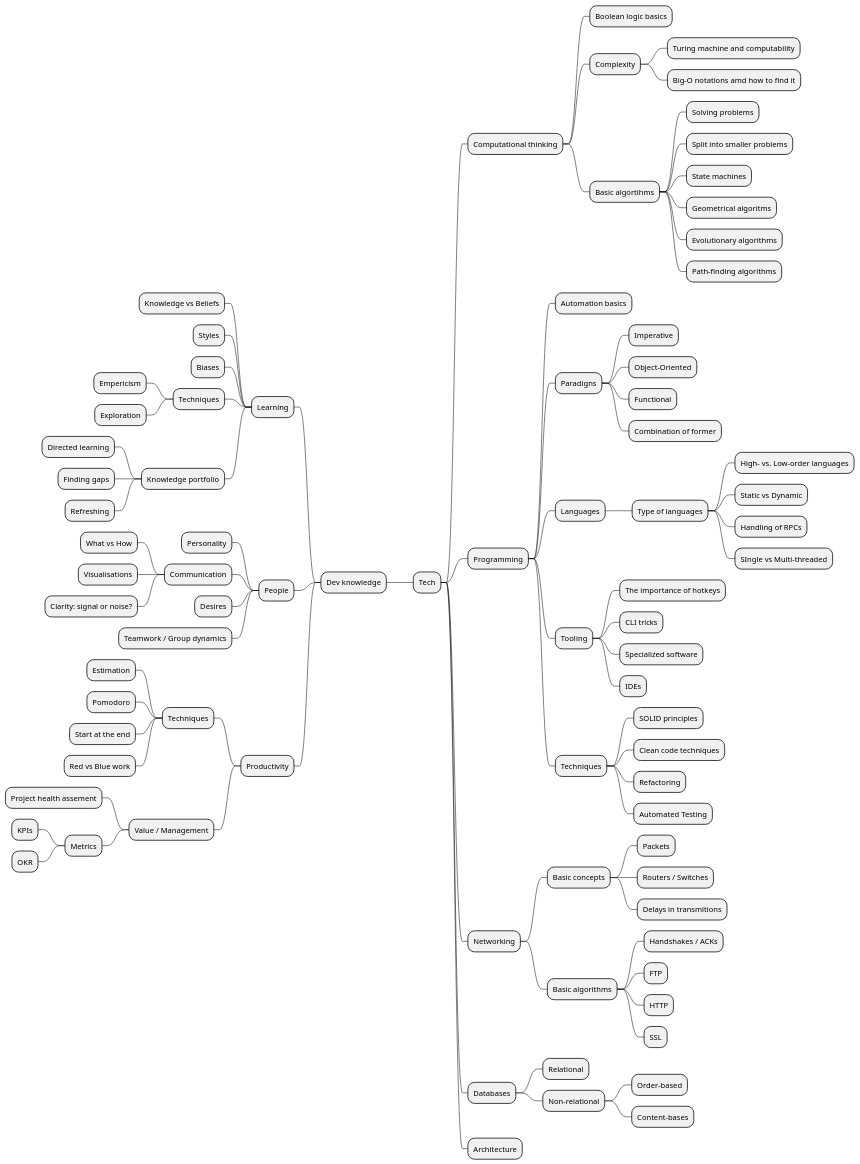
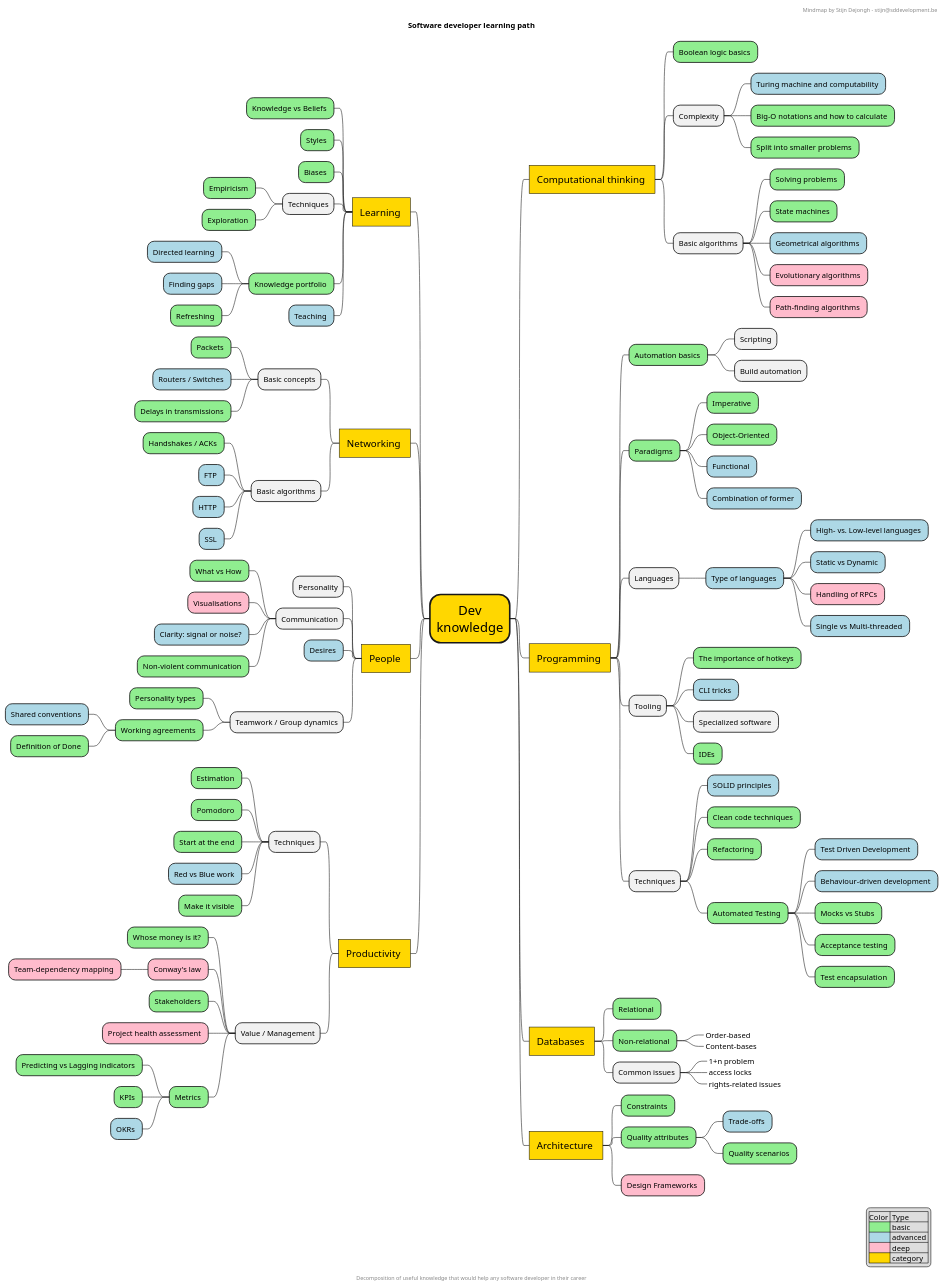
One commit to sddevelopment-be/penguin-pragmatic-patterns changed the diagram in src/1_Learning/_mindmap.puml. Above: the diagram before and after it, drawn with PlantUML. The commit also changed 1 other file, not shown here.

Commit message:
Update mindmap

```diff
--- a/src/1_Learning/_mindmap.puml
+++ b/src/1_Learning/_mindmap.puml
@@ -1,85 +1,163 @@
 @startmindmap
+
+title Software developer learning path
+
+<style>
+mindmapDiagram {
+  .basic {
+    BackgroundColor lightgreen
+  }
+  .advanced {
+    BackgroundColor lightblue
+  }
+  .deep {
+    BackgroundColor #FFBBCC
+  }
+  rootNode {
+    Padding 12
+    Margin 3
+    HorizontalAlignment center
+    FontSize 24
+    LineThickness 3.0
+    BackgroundColor gold
+    RoundCorner 40
+    MaximumWidth 100
+  }
+  .category {
+    Margin 2
+    Padding 14
+    BackgroundColor gold
+    FontSize 18
+    LineThickness 1.0
+    RoundCorner 0
+    Shadowing 0.0
+  }
+}
+</style>
+
 + Dev knowledge
--- Learning
---- Knowledge vs Beliefs
---- Styles
---- Biases
+-- Learning <<category>>
+--- Knowledge vs Beliefs <<basic>>
+--- Styles <<basic>>
+--- Biases <<basic>>
 --- Techniques
----- Empericism
----- Exploration
---- Knowledge portfolio
----- Directed learning
----- Finding gaps
----- Refreshing
-++ Tech
-+++ Computational thinking
-++++ Boolean logic basics
-++++ Complexity
-+++++ Turing machine and computability
-+++++ Big-O notations amd how to find it
-++++ Basic algortihms
-+++++ Solving problems
-+++++ Split into smaller problems
-+++++ State machines
-+++++ Geometrical algoritms
-+++++ Evolutionary algorithms
-+++++ Path-finding algorithms
-+++ Programming
-++++ Automation basics
-++++ Paradigns
-+++++ Imperative
-+++++ Object-Oriented
-+++++ Functional
-+++++ Combination of former
-++++ Languages
-+++++ Type of languages
-++++++ High- vs. Low-order languages
-++++++ Static vs Dynamic
-++++++ Handling of RPCs
-++++++ SIngle vs Multi-threaded
-++++ Tooling
-+++++ The importance of hotkeys
-+++++ CLI tricks
-+++++ Specialized software
-+++++ IDEs
-++++ Techniques
-+++++ SOLID principles
-+++++ Clean code techniques
-+++++ Refactoring
-+++++ Automated Testing
-+++ Networking
-++++ Basic concepts
-+++++ Packets
-+++++ Routers / Switches
-+++++ Delays in transmitions
-++++ Basic algorithms
-+++++ Handshakes / ACKs
-+++++ FTP
-+++++ HTTP
-+++++ SSL
-+++ Databases
-++++ Relational
-++++ Non-relational
-+++++ Order-based
-+++++ Content-bases
-+++ Architecture
--- People
+---- Empiricism <<basic>>
+---- Exploration <<basic>>
+--- Knowledge portfolio <<basic>>
+---- Directed learning <<advanced>>
+---- Finding gaps <<advanced>>
+---- Refreshing <<basic>>
+--- Teaching <<advanced>>
+++ Computational thinking <<category>>
++++ Boolean logic basics <<basic>>
++++ Complexity
+++++ Turing machine and computability <<advanced>>
+++++ Big-O notations and how to calculate <<basic>>
+++++ Split into smaller problems <<basic>>
++++ Basic algorithms
+++++ Solving problems <<basic>>
+++++ State machines <<basic>>
+++++ Geometrical algorithms <<advanced>>
+++++ Evolutionary algorithms <<deep>>
+++++ Path-finding algorithms <<deep>>
+++ Programming <<category>>
++++ Automation basics <<basic>>
+++++ Scripting
+++++ Build automation
++++ Paradigms <<basic>>
+++++ Imperative <<basic>>
+++++ Object-Oriented <<basic>>
+++++ Functional <<advanced>>
+++++ Combination of former <<advanced>>
++++ Languages
+++++ Type of languages <<advanced>>
++++++ High- vs. Low-level languages <<advanced>>
++++++ Static vs Dynamic <<advanced>>
++++++ Handling of RPCs <<deep>>
++++++ Single vs Multi-threaded <<advanced>>
++++ Tooling
+++++ The importance of hotkeys <<basic>>
+++++ CLI tricks <<advanced>>
+++++ Specialized software 
+++++ IDEs <<basic>>
++++ Techniques
+++++ SOLID principles <<advanced>>
+++++ Clean code techniques <<basic>>
+++++ Refactoring <<basic>>
+++++ Automated Testing <<basic>>
++++++ Test Driven Development <<advanced>>
++++++ Behaviour-driven development <<advanced>>
++++++ Mocks vs Stubs <<basic>>
++++++ Acceptance testing <<basic>>
++++++ Test encapsulation <<basic>>
+-- Networking <<category>>
+--- Basic concepts
+---- Packets <<basic>>
+---- Routers / Switches <<advanced>>
+---- Delays in transmissions <<basic>>
+--- Basic algorithms
+---- Handshakes / ACKs <<basic>>
+---- FTP <<advanced>>
+---- HTTP <<advanced>>
+---- SSL <<advanced>>
+++ Databases <<category>>
++++ Relational <<basic>>
++++ Non-relational <<basic>>
+++++_ Order-based 
+++++_ Content-bases
++++ Common issues
+++++_ 1+n problem
+++++_ access locks
+++++_ rights-related issues
+++ Architecture <<category>>
++++ Constraints <<basic>>
++++ Quality attributes <<basic>>
+++++ Trade-offs <<advanced>>
+++++ Quality scenarios <<basic>>
++++ Design Frameworks <<deep>>
+-- People <<category>>
 --- Personality
 --- Communication
----- What vs How
----- Visualisations
----- Clarity: signal or noise?
---- Desires
+---- What vs How <<basic>>
+---- Visualisations <<deep>>
+---- Clarity: signal or noise? <<advanced>>
+---- Non-violent communication <<basic>>
+--- Desires <<advanced>>
 --- Teamwork / Group dynamics
--- Productivity
+---- Personality types <<basic>>
+---- Working agreements <<basic>>
+----- Shared conventions <<advanced>>
+----- Definition of Done <<basic>> 
+-- Productivity <<category>>
 --- Techniques
----- Estimation
----- Pomodoro
----- Start at the end
----- Red vs Blue work
+---- Estimation <<basic>>
+---- Pomodoro <<basic>>
+---- Start at the end <<basic>>
+---- Red vs Blue work <<advanced>>
+---- Make it visible <<basic>>
 --- Value / Management
----- Project health assement
----- Metrics
------ KPIs
------ OKR
+---- Whose money is it? <<basic>>
+---- Conway's law <<deep>>
+----- Team-dependency mapping <<deep>>
+---- Stakeholders <<basic>>
+---- Project health assessment <<deep>>
+---- Metrics <<basic>>
+----- Predicting vs Lagging indicators <<basic>>
+----- KPIs <<basic>>
+----- OKRs <<advanced>>
+
+legend right
+  |Color | Type |
+  | <#lightgreen> | basic |
+  | <#lightblue> | advanced |
+  | <#FFBBCC> | deep |
+  | <#gold> | category |
+endlegend
+
+header
+Mindmap by Stijn Dejongh - stijn@sddevelopment.be
+endheader
+
+center footer Decomposition of useful knowledge that would help any software developer in their career
+
 @endmindmap
```
